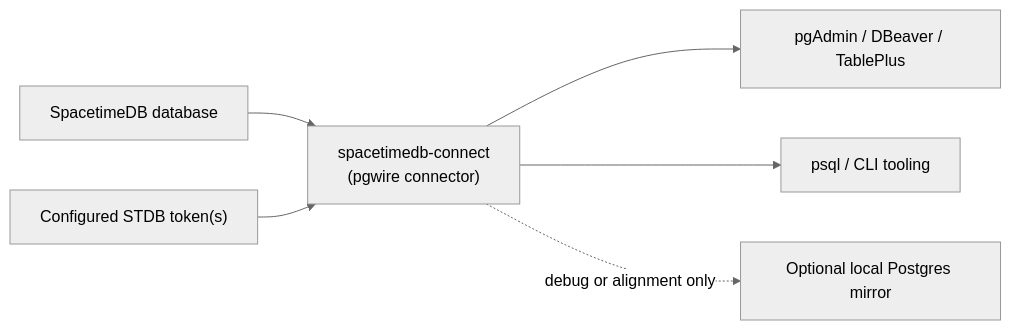
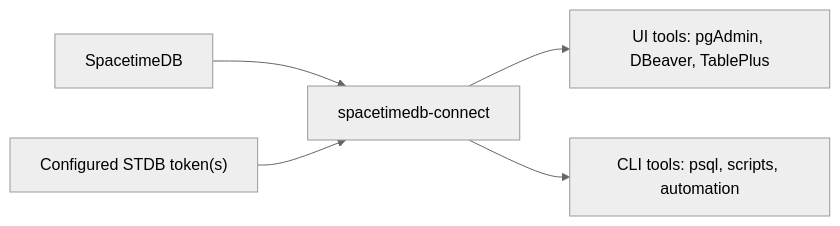
The diagram in README.md (Holovkat/spacetimedb-connect), drawn with Mermaid (neutral theme) before and after one commit. The commit also changed other lines of this file, not shown here.

````diff
--- a/README.md
+++ b/README.md
@@ -5,8 +7,7 @@
 ```mermaid
 flowchart LR
-  A["SpacetimeDB database"] --> B["spacetimedb-connect<br/>(pgwire connector)"]
+  A["SpacetimeDB"] --> B["spacetimedb-connect"]
   T["Configured STDB token(s)"] --> B
-  B --> C["pgAdmin / DBeaver / TablePlus"]
-  B --> D["psql / CLI tooling"]
-  B -. "debug or alignment only" .-> E["Optional local Postgres mirror"]
+  B --> C["UI tools: pgAdmin, DBeaver, TablePlus"]
+  B --> D["CLI tools: psql, scripts, automation"]
 ```
````
